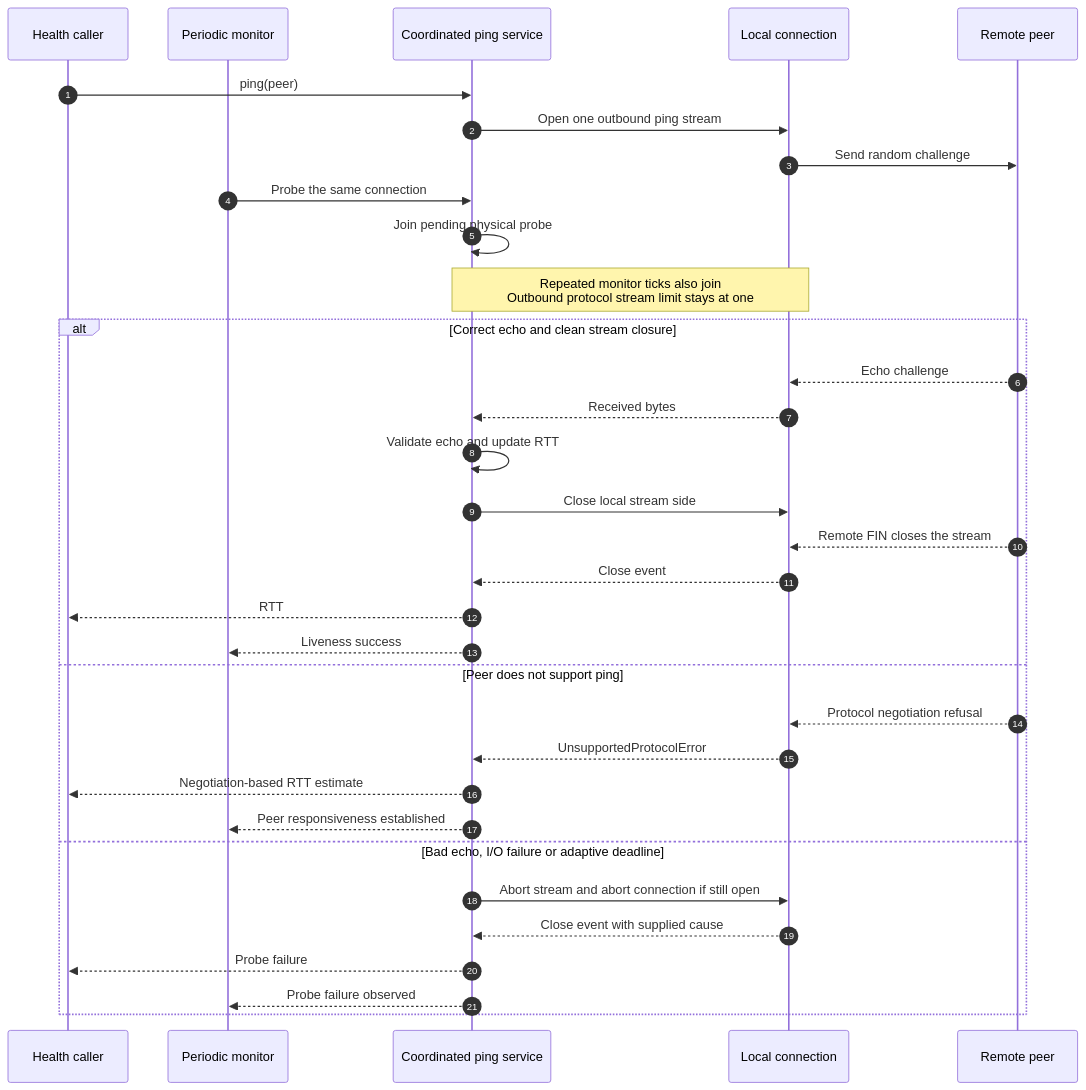
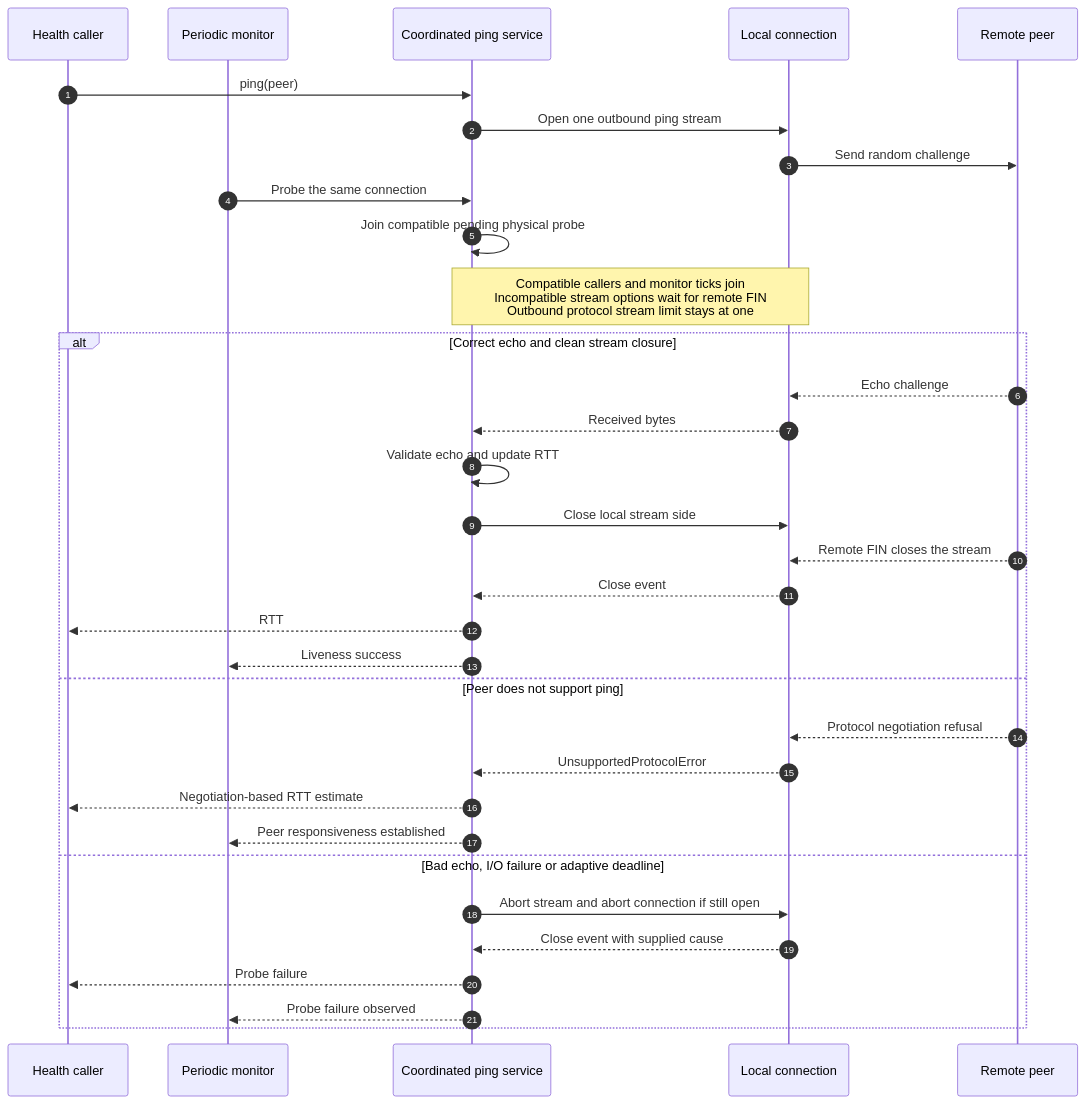
The third of 3 diagrams in docs/chain-index-worker-stability.md (OriginTrail/dkg), drawn with Mermaid before and after one commit. The commit also changed other lines of this file, not shown here.

````diff
--- a/docs/chain-index-worker-stability.md
+++ b/docs/chain-index-worker-stability.md
@@ -119,35 +119,35 @@
 ```mermaid
 sequenceDiagram
     autonumber
     participant H as Health caller
     participant M as Periodic monitor
     participant P as Coordinated ping service
     participant C as Local connection
     participant R as Remote peer
     H->>P: ping(peer)
     P->>C: Open one outbound ping stream
     C->>R: Send random challenge
     M->>P: Probe the same connection
-    P->>P: Join pending physical probe
-    Note over P,C: Repeated monitor ticks also join<br/>Outbound protocol stream limit stays at one
+    P->>P: Join compatible pending physical probe
+    Note over P,C: Compatible callers and monitor ticks join<br/>Incompatible stream options wait for remote FIN<br/>Outbound protocol stream limit stays at one
     alt Correct echo and clean stream closure
         R-->>C: Echo challenge
         C-->>P: Received bytes
         P->>P: Validate echo and update RTT
         P->>C: Close local stream side
         R-->>C: Remote FIN closes the stream
         C-->>P: Close event
         P-->>H: RTT
         P-->>M: Liveness success
     else Peer does not support ping
         R-->>C: Protocol negotiation refusal
         C-->>P: UnsupportedProtocolError
         P-->>H: Negotiation-based RTT estimate
         P-->>M: Peer responsiveness established
     else Bad echo, I/O failure or adaptive deadline
         P->>C: Abort stream and abort connection if still open
         C-->>P: Close event with supplied cause
         P-->>H: Probe failure
         P-->>M: Probe failure observed
     end
 ```
````
